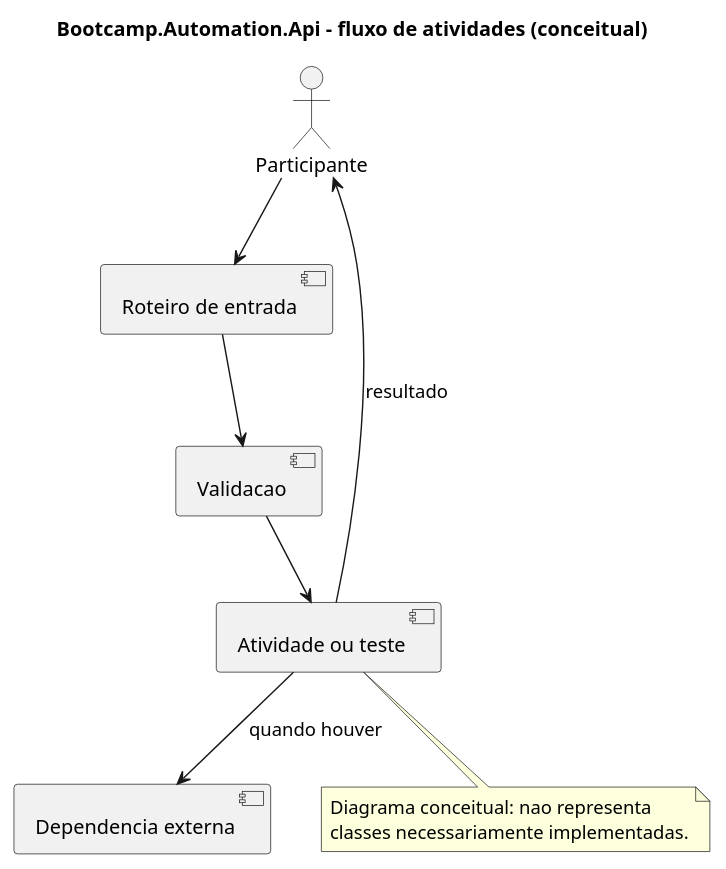
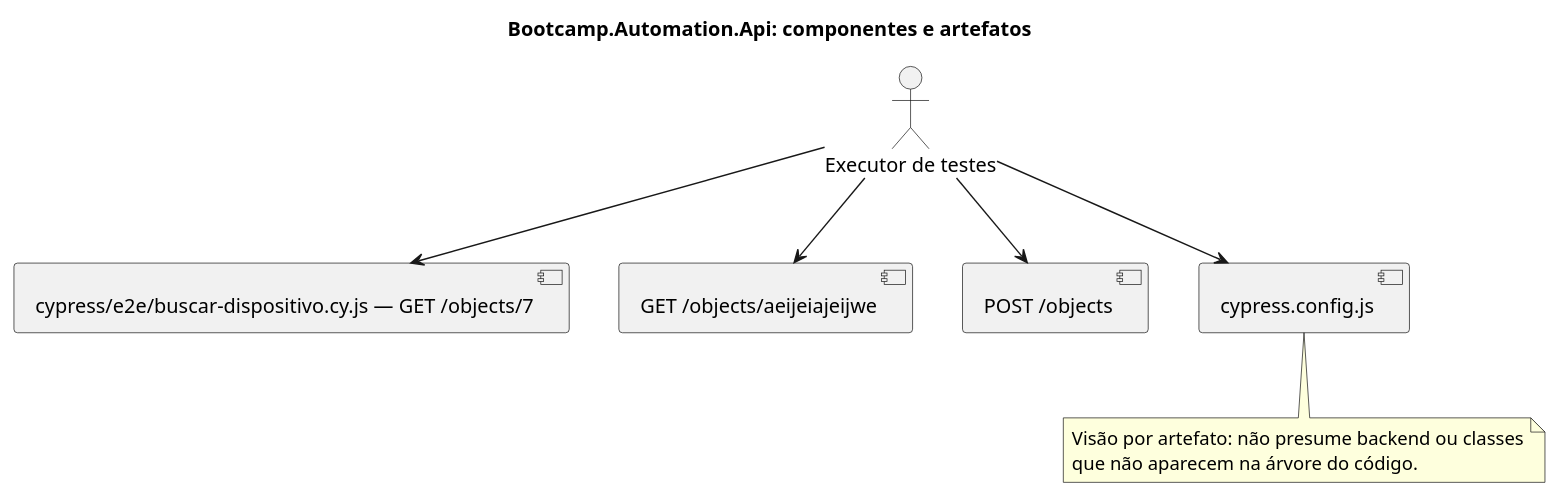
Before and after one commit to DanieldeAlmeida2024/Bootcamp.Automation.Api: the diagram in docs/UML.puml, drawn with PlantUML. The commit also changed 10 other files, not shown here.

Commit message:
docs: especificacao tecnica do codigo real, UML e testes versionados

```diff
--- a/docs/UML.puml
+++ b/docs/UML.puml
@@ -1,17 +1,16 @@
 @startuml
-title Bootcamp.Automation.Api - fluxo de atividades (conceitual)
-actor Participante
-component "Roteiro de entrada" as Entrada
-component "Validacao" as Validacao
-component "Atividade ou teste" as Atividade
-component "Dependencia externa" as Externa
-Participante --> Entrada
-Entrada --> Validacao
-Validacao --> Atividade
-Atividade --> Externa : quando houver
-Atividade --> Participante : resultado
-note bottom of Atividade
-Diagrama conceitual: nao representa
-classes necessariamente implementadas.
+title Bootcamp.Automation.Api: componentes e artefatos
+actor "Executor de testes" as E
+component "cypress/e2e/buscar-dispositivo.cy.js — GET /objects/7" as M0
+E --> M0
+component "GET /objects/aeijeiajeijwe" as M1
+E --> M1
+component "POST /objects" as M2
+E --> M2
+component "cypress.config.js" as M3
+E --> M3
+note bottom
+Visão por artefato: não presume backend ou classes
+que não aparecem na árvore do código.
 end note
 @enduml
```
